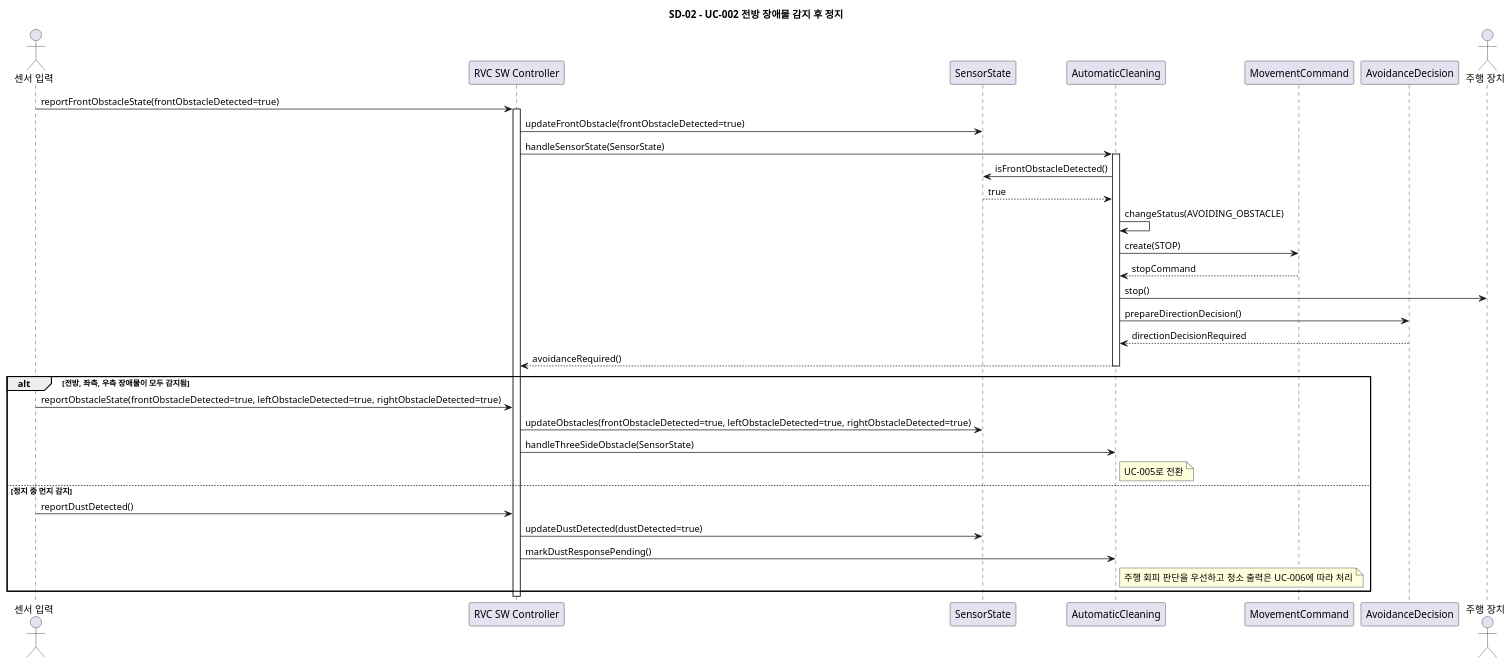
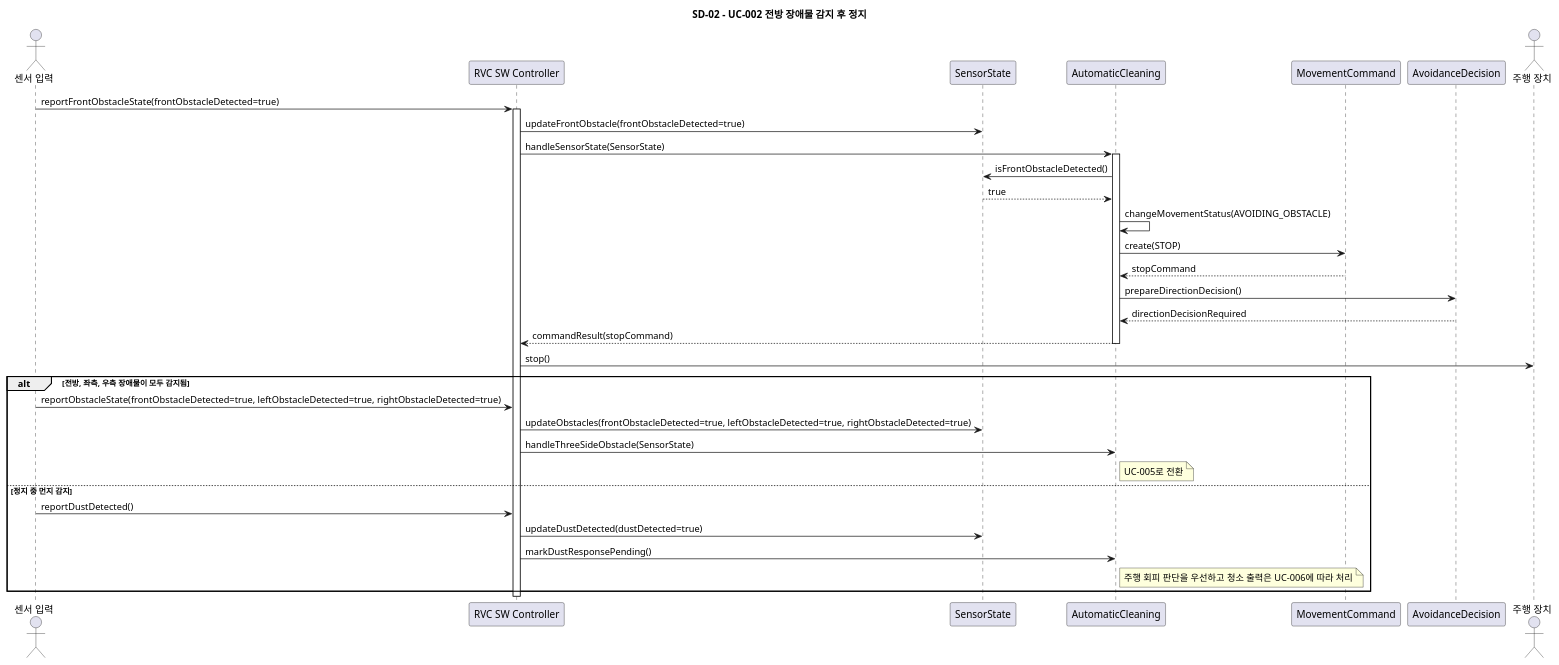
The diagram in docs/sd/SD-02.puml (OOAD-Team3/Robot-Vacuum-Cleaner-AI), drawn with PlantUML before and after one commit. The commit also changed other lines of this file and 9 other files, not shown here.

```diff
--- a/docs/sd/SD-02.puml
+++ b/docs/sd/SD-02.puml
@@ -6,41 +6,42 @@
 @startuml SD_02_UC002_Stop_On_Front_Obstacle
 title SD-02 - UC-002 전방 장애물 감지 후 정지
 
 actor "센서 입력" as Sensor
 participant "RVC SW Controller" as Controller
 participant "SensorState" as SensorState
 participant "AutomaticCleaning" as Cleaning
 participant "MovementCommand" as MovementCommand
 participant "AvoidanceDecision" as AvoidanceDecision
 actor "주행 장치" as Drive
 
 Sensor -> Controller: reportFrontObstacleState(frontObstacleDetected=true)
 activate Controller
 Controller -> SensorState: updateFrontObstacle(frontObstacleDetected=true)
 Controller -> Cleaning: handleSensorState(SensorState)
 activate Cleaning
 Cleaning -> SensorState: isFrontObstacleDetected()
 SensorState --> Cleaning: true
-Cleaning -> Cleaning: changeStatus(AVOIDING_OBSTACLE)
+Cleaning -> Cleaning: changeMovementStatus(AVOIDING_OBSTACLE)
 Cleaning -> MovementCommand: create(STOP)
 MovementCommand --> Cleaning: stopCommand
-Cleaning -> Drive: stop()
 Cleaning -> AvoidanceDecision: prepareDirectionDecision()
 AvoidanceDecision --> Cleaning: directionDecisionRequired
-Cleaning --> Controller: avoidanceRequired()
+Cleaning --> Controller: commandResult(stopCommand)
 deactivate Cleaning
+
+Controller -> Drive: stop()
 
 alt 전방, 좌측, 우측 장애물이 모두 감지됨
     Sensor -> Controller: reportObstacleState(frontObstacleDetected=true, leftObstacleDetected=true, rightObstacleDetected=true)
     Controller -> SensorState: updateObstacles(frontObstacleDetected=true, leftObstacleDetected=true, rightObstacleDetected=true)
     Controller -> Cleaning: handleThreeSideObstacle(SensorState)
     note right of Cleaning: UC-005로 전환
 else 정지 중 먼지 감지
     Sensor -> Controller: reportDustDetected()
     Controller -> SensorState: updateDustDetected(dustDetected=true)
     Controller -> Cleaning: markDustResponsePending()
     note right of Cleaning: 주행 회피 판단을 우선하고 청소 출력은 UC-006에 따라 처리
 end
 
 deactivate Controller
 @enduml
```
